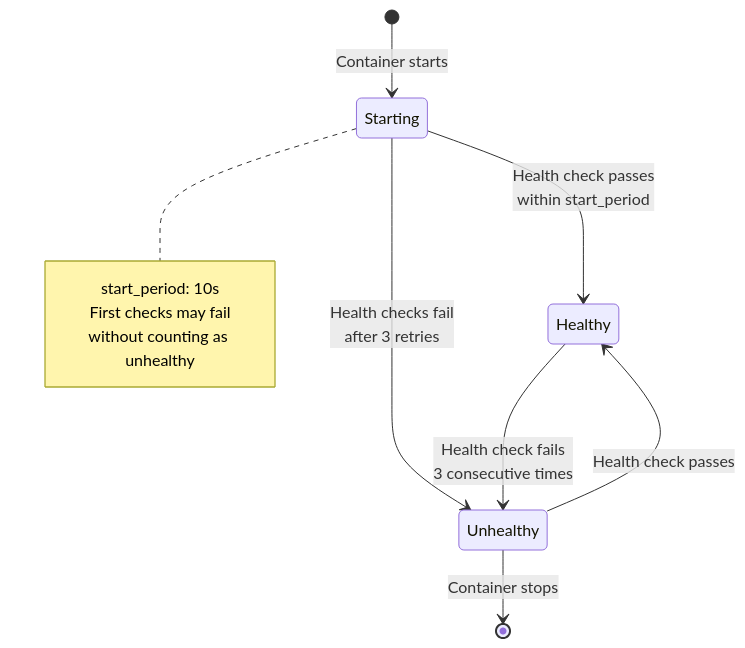
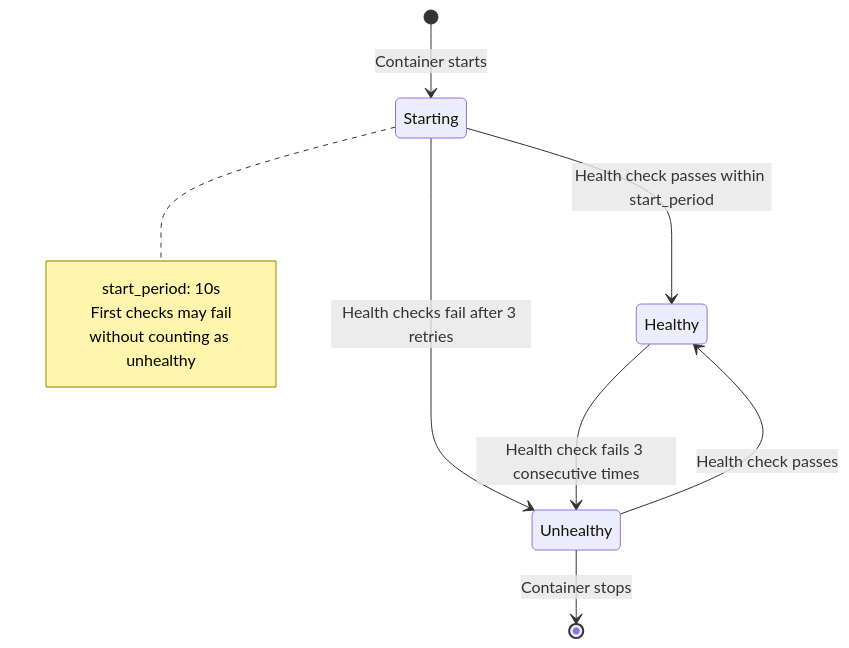
Before and after one commit to softwarewrighter/dev-proxy: the fourth of 9 diagrams in wiki/Request-Flow.md, drawn with Mermaid. The commit also changed other lines of this file and 6 other files, not shown here.

First line of the commit message:
Fix wiki Mermaid diagrams: remove <br/> tags

````diff
--- a/wiki/Request-Flow.md
+++ b/wiki/Request-Flow.md
@@ -195,17 +195,17 @@
 ```mermaid
 stateDiagram-v2
     [*] --> Starting: Container starts
-    Starting --> Healthy: Health check passes<br/>within start_period
-    Starting --> Unhealthy: Health checks fail<br/>after 3 retries
+    Starting --> Healthy: Health check passes within start_period
+    Starting --> Unhealthy: Health checks fail after 3 retries
 
-    Healthy --> Unhealthy: Health check fails<br/>3 consecutive times
+    Healthy --> Unhealthy: Health check fails 3 consecutive times
     Unhealthy --> Healthy: Health check passes
 
     Unhealthy --> [*]: Container stops
 
     note right of Starting
         start_period: 10s
         First checks may fail
         without counting as unhealthy
     end note
 ```
````
